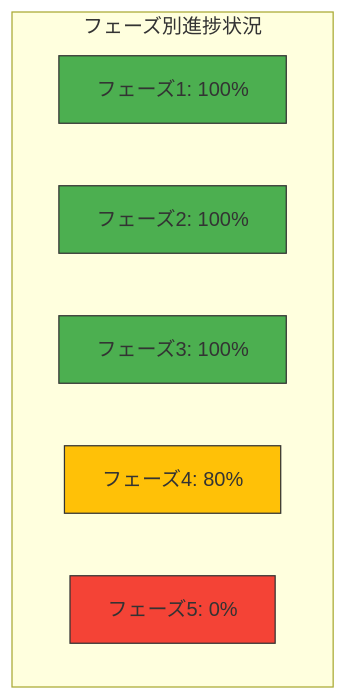
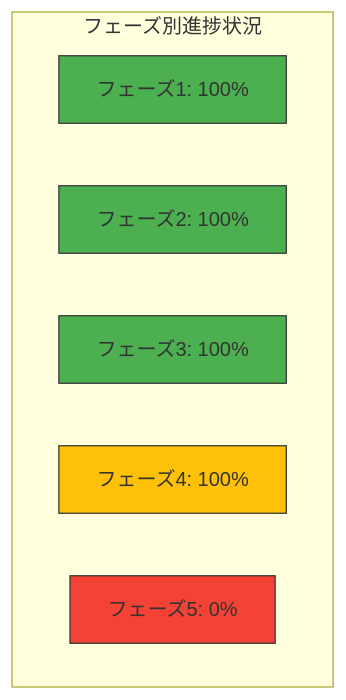
Before and after one commit to ToyB0x/git-resume: the second of 2 diagrams in docs/PLAN_AND_PROGRESS.md, drawn with Mermaid. The commit also changed other lines of this file and 4 other files, not shown here.

````diff
--- a/docs/PLAN_AND_PROGRESS.md
+++ b/docs/PLAN_AND_PROGRESS.md
@@ -138,16 +138,16 @@
 ```mermaid
 graph TD
     subgraph "フェーズ別進捗状況"
     A["フェーズ1: 100%"]
     B["フェーズ2: 100%"]
     C["フェーズ3: 100%"]
-    D["フェーズ4: 80%"]
+    D["フェーズ4: 100%"]
     E["フェーズ5: 0%"]
     end
     
     style A fill:#4CAF50,stroke:#333,stroke-width:1px
     style B fill:#4CAF50,stroke:#333,stroke-width:1px
     style C fill:#4CAF50,stroke:#333,stroke-width:1px
     style D fill:#FFC107,stroke:#333,stroke-width:1px
     style E fill:#F44336,stroke:#333,stroke-width:1px
 ```
````
